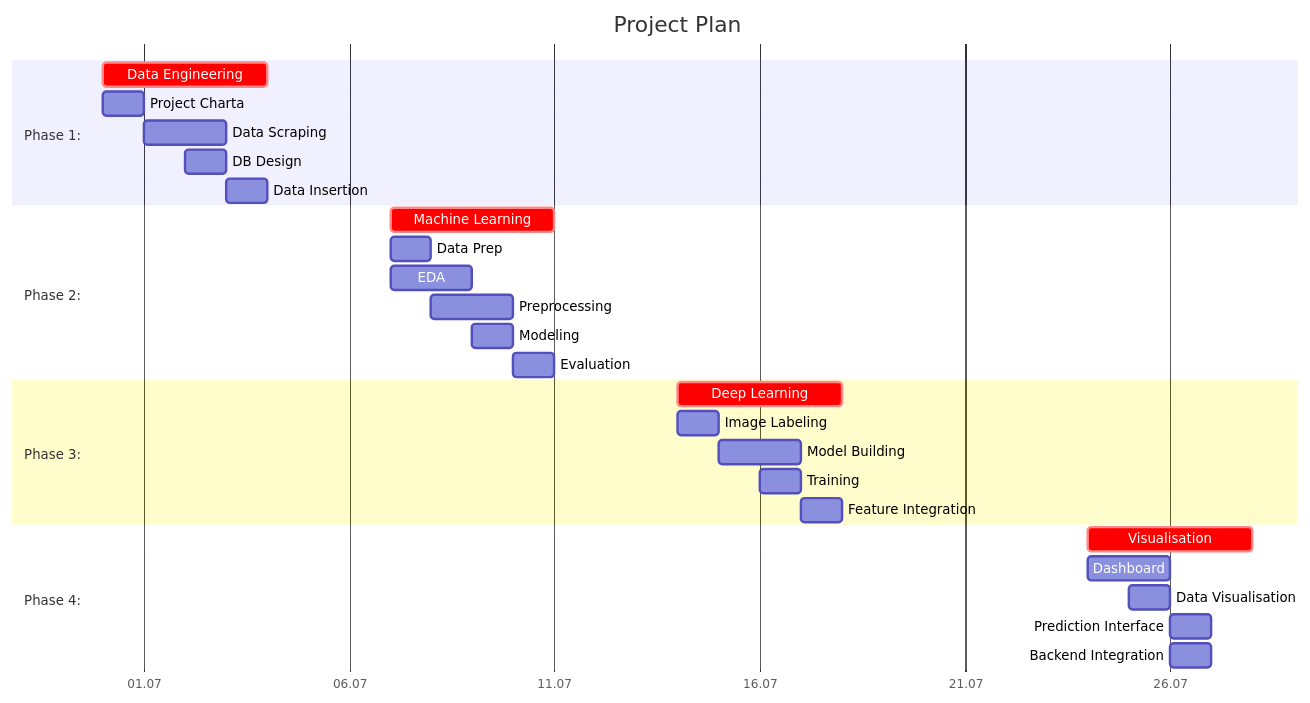
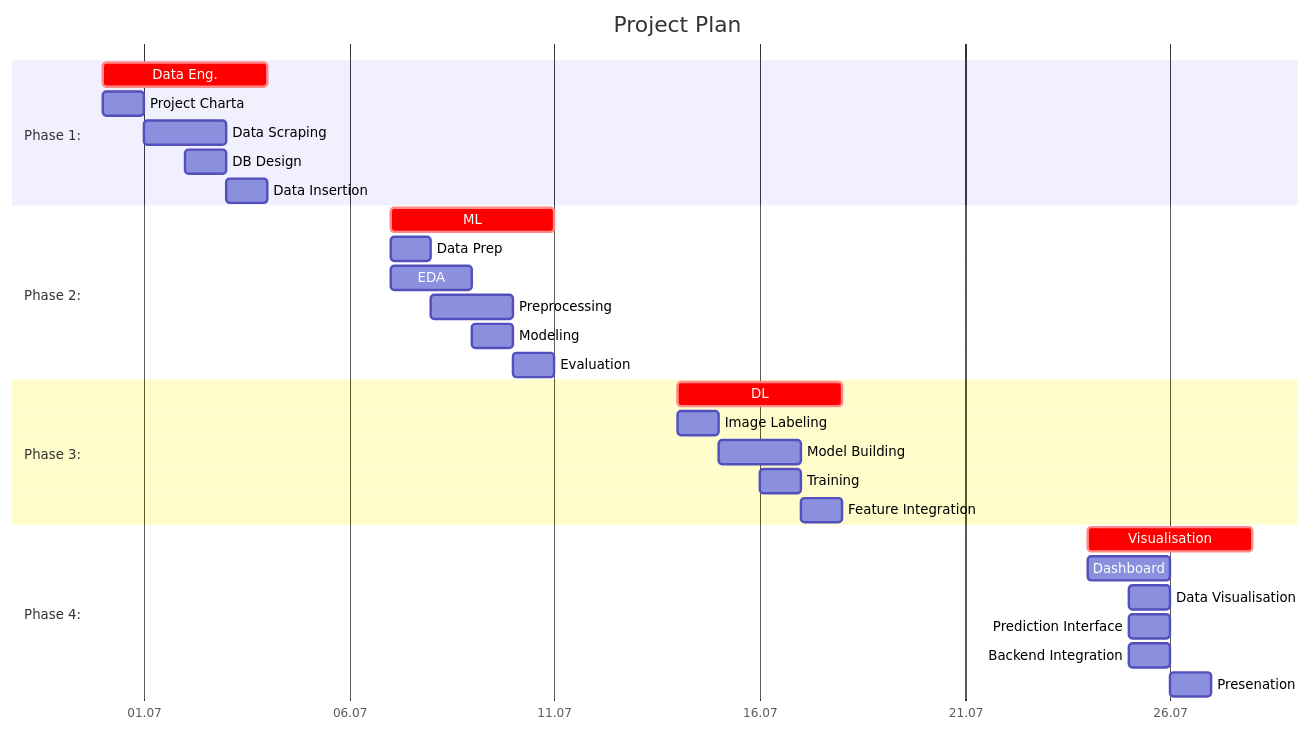
Before and after one commit to daai25/real_estate_price_predictor: the diagram in docs/project_charta.qmd, drawn with Mermaid. The commit also changed other lines of this file and 4 other files, not shown here.

````diff
--- a/docs/project_charta.qmd
+++ b/docs/project_charta.qmd
@@ -99,37 +100,38 @@
 ```{mermaid}
 gantt
     title Project Plan
     dateFormat  YYYY-MM-DD
     tickInterval 5day
     todayMarker off
     axisFormat  %d.%m
 
     section Phase 1: 
-    Data Engineering    :crit,   gh1, 2025-06-30, 4d
+    Data Eng.           :crit,   gh1, 2025-06-30, 4d
     Project Charta      :        pc1, 2025-06-30, 1d
     Data Scraping       :        ds1, 2025-07-01, 2d
     DB Design           :        db1, 2025-07-02, 1d
     Data Insertion      :        di1, 2025-07-03, 1d
 
     section Phase 2: 
-    Machine Learning    :crit,   cd1, 2025-07-07, 4d
+    ML                  :crit,   cd1, 2025-07-07, 4d
     Data Prep           :        dp1, 2025-07-07, 1d
     EDA                 :        ed,  2025-07-07, 2d
     Preprocessing       :        pp1, 2025-07-08, 2d
     Modeling            :        mod, 2025-07-09, 1d
     Evaluation          :        ev1, 2025-07-10, 1d
 
     section Phase 3: 
-    Deep Learning       :crit,   ab1, 2025-07-14, 4d
+    DL                   :crit,   ab1, 2025-07-14, 4d
     Image Labeling      :        il1, 2025-07-14, 1d
     Model Building      :        mb1, 2025-07-15, 2d
     Training            :        tr1, 2025-07-16, 1d
     Feature Integration :        fi1, 2025-07-17, 1d
 
     section Phase 4: 
     Visualisation       :crit,   ef1, 2025-07-24, 4d
     Dashboard           :        dd1, 2025-07-24, 2d
     Data Visualisation  :        dv1, 2025-07-25, 1d
-    Prediction Interface:        pi1, 2025-07-26, 1d
-    Backend Integration :        bi1, 2025-07-26, 1d
+    Prediction Interface:        pi1, 2025-07-25, 1d
+    Backend Integration :        bi1, 2025-07-25, 1d
+    Presenation         :        bi1, 2025-07-26, 1d
 ```
````
